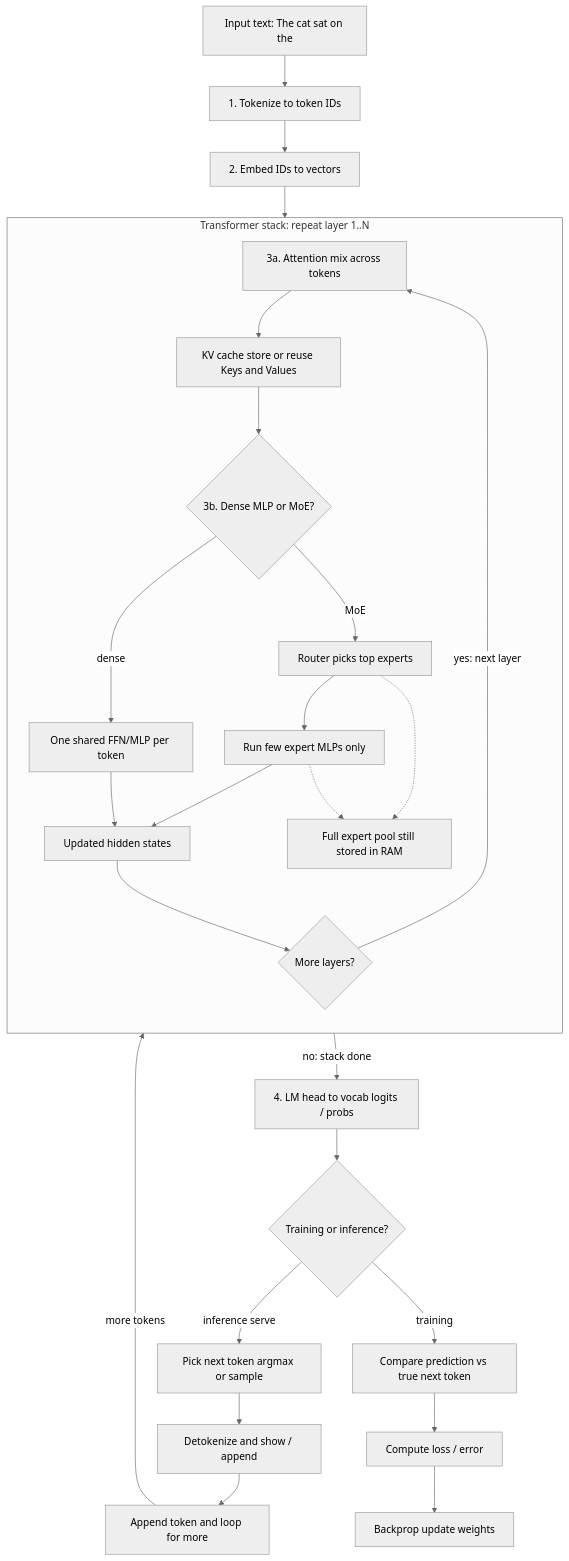
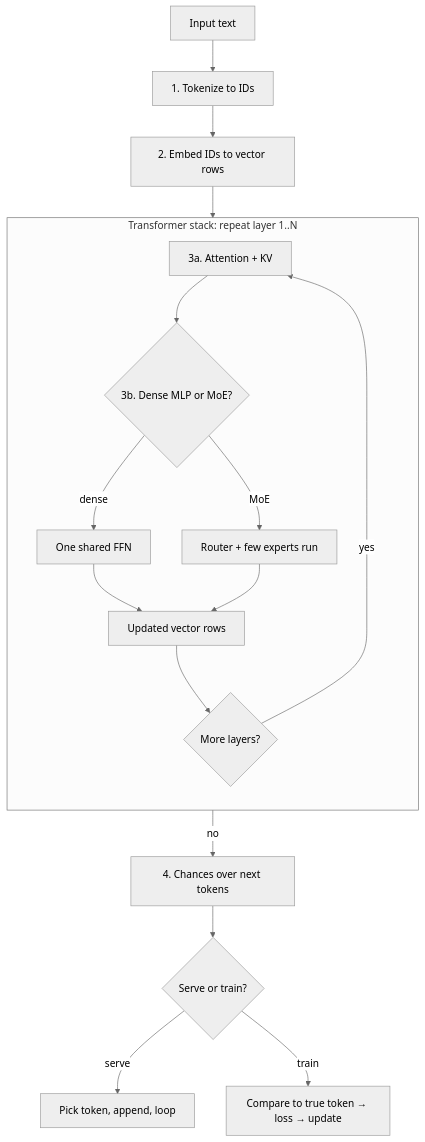
The second of 2 diagrams in README.md (Vince-0/AI_Theory), drawn with Mermaid (neutral theme) before and after one commit. The commit also changed other lines of this file and 10 other files, not shown here.

````diff
--- a/README.md
+++ b/README.md
@@ -65,42 +73,27 @@
 ```mermaid
 flowchart TD
-  inputText["Input text: The cat sat on the"]
-  tokenize["1. Tokenize to token IDs"]
-  embed["2. Embed IDs to vectors"]
+  inputText["Input text"] --> tokenize["1. Tokenize to IDs"]
+  tokenize --> embed["2. Embed IDs to vector rows"]
 
   subgraph transformerStack ["Transformer stack: repeat layer 1..N"]
     direction TB
-    attention["3a. Attention mix across tokens"]
-    kvCache["KV cache store or reuse Keys and Values"]
+    attention["3a. Attention + KV"]
     denseOrMoe{"3b. Dense MLP or MoE?"}
-    denseMlp["One shared FFN/MLP per token"]
-    moeRouter["Router picks top experts"]
-    moeExperts["Run few expert MLPs only"]
-    expertPool["Full expert pool still stored in RAM"]
-    nextHidden["Updated hidden states"]
+    denseMlp["One shared FFN"]
+    moePath["Router + few experts run"]
+    nextHidden["Updated vector rows"]
     moreLayers{"More layers?"}
 
-    attention --> kvCache --> denseOrMoe
+    attention --> denseOrMoe
     denseOrMoe -->|dense| denseMlp --> nextHidden
-    denseOrMoe -->|MoE| moeRouter --> moeExperts --> nextHidden
-    moeRouter -.-> expertPool
-    moeExperts -.-> expertPool
+    denseOrMoe -->|MoE| moePath --> nextHidden
     nextHidden --> moreLayers
-    moreLayers -->|"yes: next layer"| attention
+    moreLayers -->|"yes"| attention
   end
 
-  lmHead["4. LM head to vocab logits / probs"]
-  branch{"Training or inference?"}
-  pickToken["Pick next token argmax or sample"]
-  detok["Detokenize and show / append"]
-  loopGen["Append token and loop for more"]
-  compare["Compare prediction vs true next token"]
-  loss["Compute loss / error"]
-  update["Backprop update weights"]
-
-  inputText --> tokenize --> embed --> attention
-  moreLayers -->|"no: stack done"| lmHead --> branch
-  branch -->|inference serve| pickToken --> detok --> loopGen
-  loopGen -->|"more tokens"| attention
-  branch -->|training| compare --> loss --> update
+  embed --> attention
+  moreLayers -->|"no"| lmHead["4. Chances over next tokens"]
+  lmHead --> branch{"Serve or train?"}
+  branch -->|serve| pickToken["Pick token, append, loop"]
+  branch -->|train| loss["Compare to true token → loss → update"]
 ```
````
